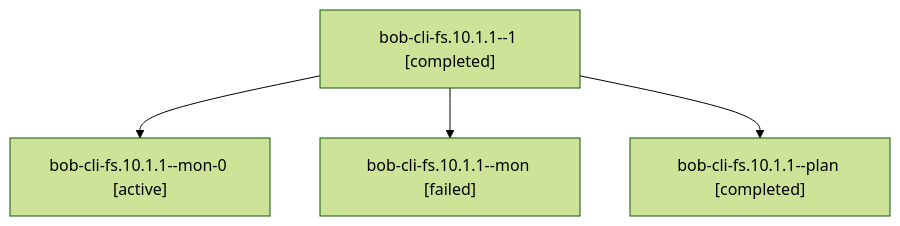
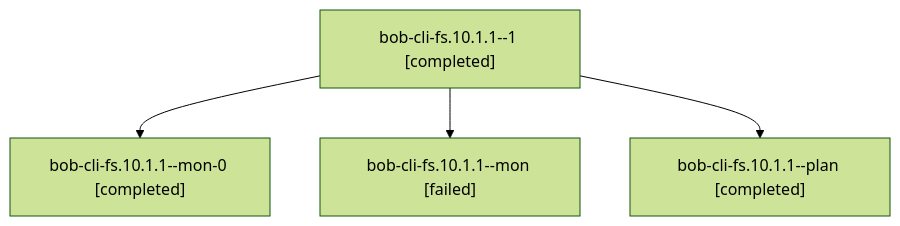
Before and after one commit to bobs-org/bob-cli--agents: the diagram in sessions/bbugyi200.athena.bob-cli-fs.10.1.1.md, drawn with Mermaid (forest theme). The commit also changed other lines of this file and 99 other files, not shown here.

````diff
--- a/sessions/bbugyi200.athena.bob-cli-fs.10.1.1.md
+++ b/sessions/bbugyi200.athena.bob-cli-fs.10.1.1.md
@@ -9,10 +9,10 @@
 ```mermaid
 flowchart TD
   n0["bob-cli-fs.10.1.1--1 [completed]"]
-  n1["bob-cli-fs.10.1.1--mon-0 [active]"]
+  n1["bob-cli-fs.10.1.1--mon-0 [completed]"]
   n0 --> n1
   n2["bob-cli-fs.10.1.1--mon [failed]"]
   n0 --> n2
   n3["bob-cli-fs.10.1.1--plan [completed]"]
   n0 --> n3
 ```
````
